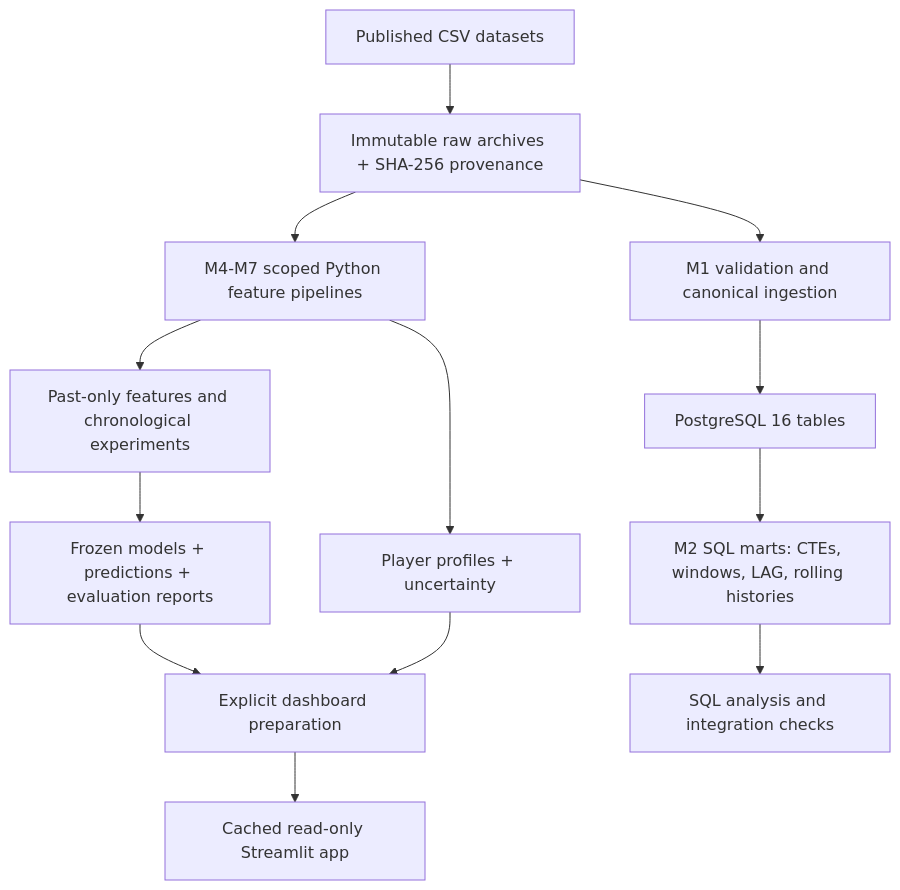
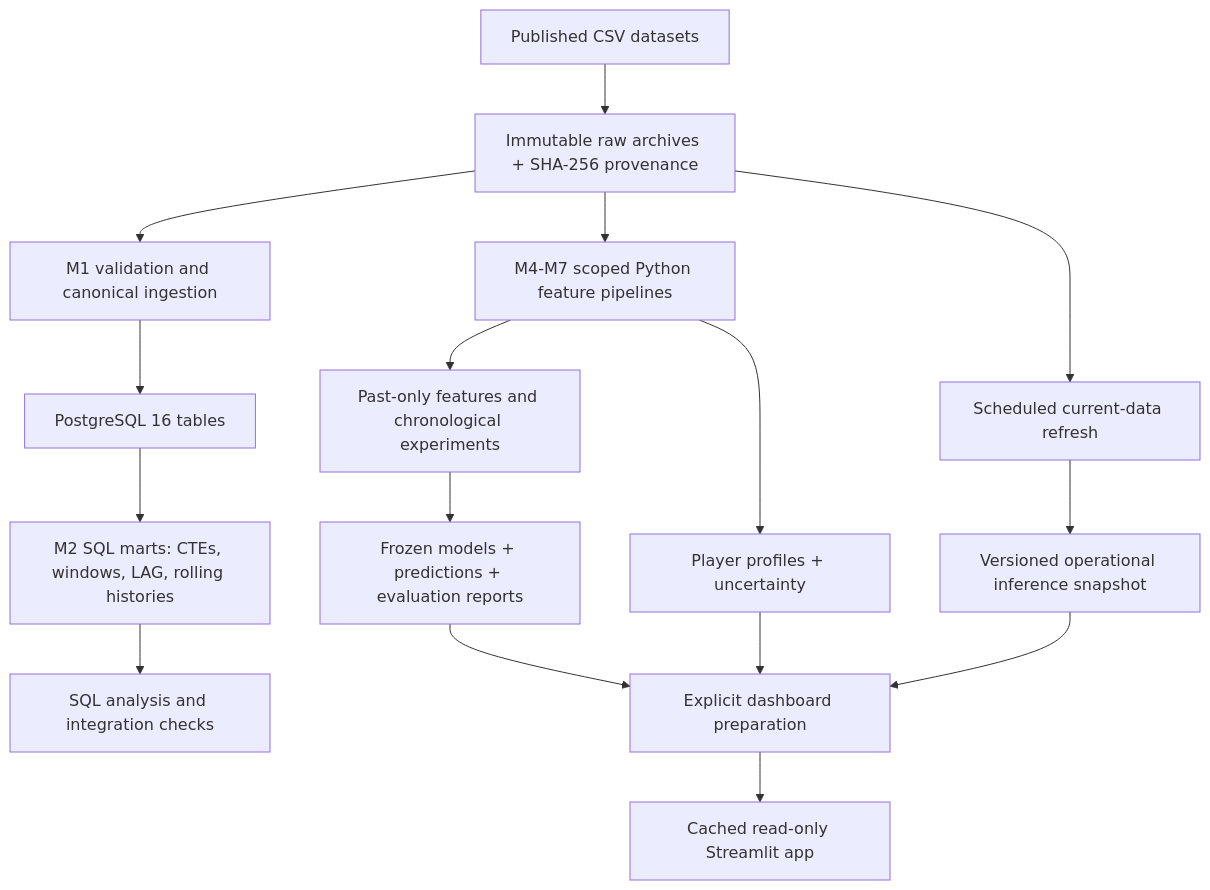
Before and after one commit to kubaborowiec7/Premier-League-Analytics-Lab: the diagram in README.md, drawn with Mermaid. The commit also changed other lines of this file and 19 other files, not shown here.

Commit message:
feat: automate current football data refresh

````diff
--- a/README.md
+++ b/README.md
@@ -72,15 +73,18 @@
 ```mermaid
 flowchart TD
     A[Published CSV datasets] --> B[Immutable raw archives + SHA-256 provenance]
     B --> C[M1 validation and canonical ingestion]
     C --> D[PostgreSQL 16 tables]
     D --> E[M2 SQL marts: CTEs, windows, LAG, rolling histories]
     B --> F[M4-M7 scoped Python feature pipelines]
     F --> G[Past-only features and chronological experiments]
     G --> H[Frozen models + predictions + evaluation reports]
+    B --> R[Scheduled current-data refresh]
+    R --> S[Versioned operational inference snapshot]
     F --> I[Player profiles + uncertainty]
     H --> J[Explicit dashboard preparation]
+    S --> J
     I --> J
     J --> K[Cached read-only Streamlit app]
     E --> L[SQL analysis and integration checks]
 ```
````
